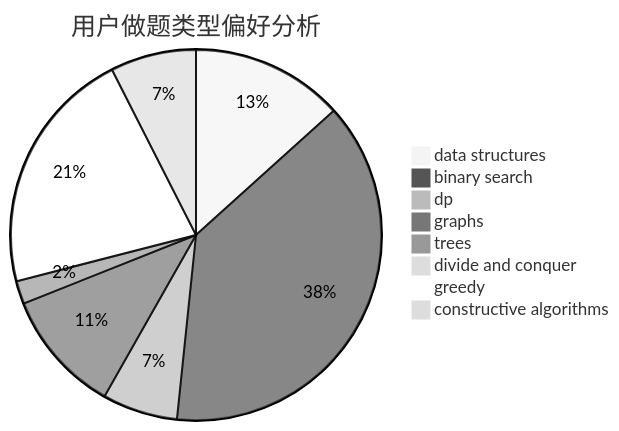
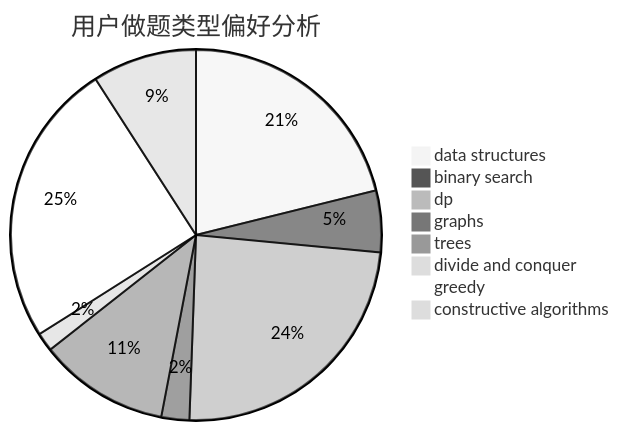
Before and after one commit to sherpahu/cfrs.github.io: the second of 3 diagrams in docs/user/u1963.md, drawn with Mermaid (neutral theme). The commit also changed other lines of this file and 2770 other files, not shown here.

````diff
--- a/docs/user/u1963.md
+++ b/docs/user/u1963.md
@@ -23,11 +23,11 @@
 ```mermaid
 pie title 用户做题类型偏好分析
-    "data structures" :  73
-    "binary search" :  210
-    "dp" :  36
-    "graphs" :  59
-    "trees" :  11
-    "divide and conquer" :  5
-    "greedy" :  118
-    "constructive algorithms" :  41
+    "data structures" :  130
+    "binary search" :  33
+    "dp" :  148
+    "graphs" :  15
+    "trees" :  70
+    "divide and conquer" :  10
+    "greedy" :  153
+    "constructive algorithms" :  56
 ```
````
